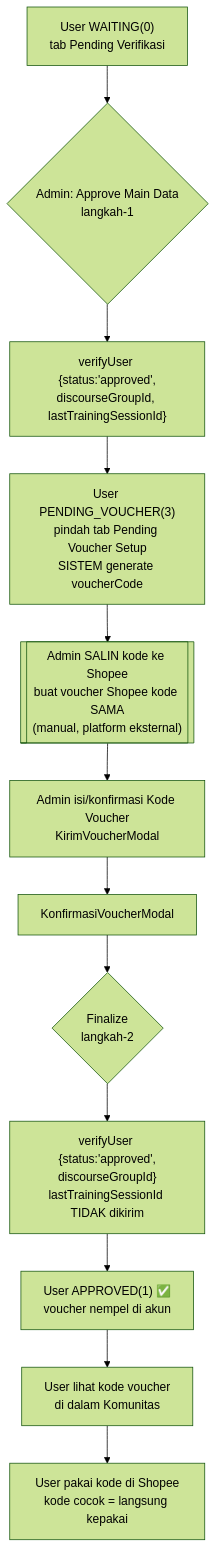
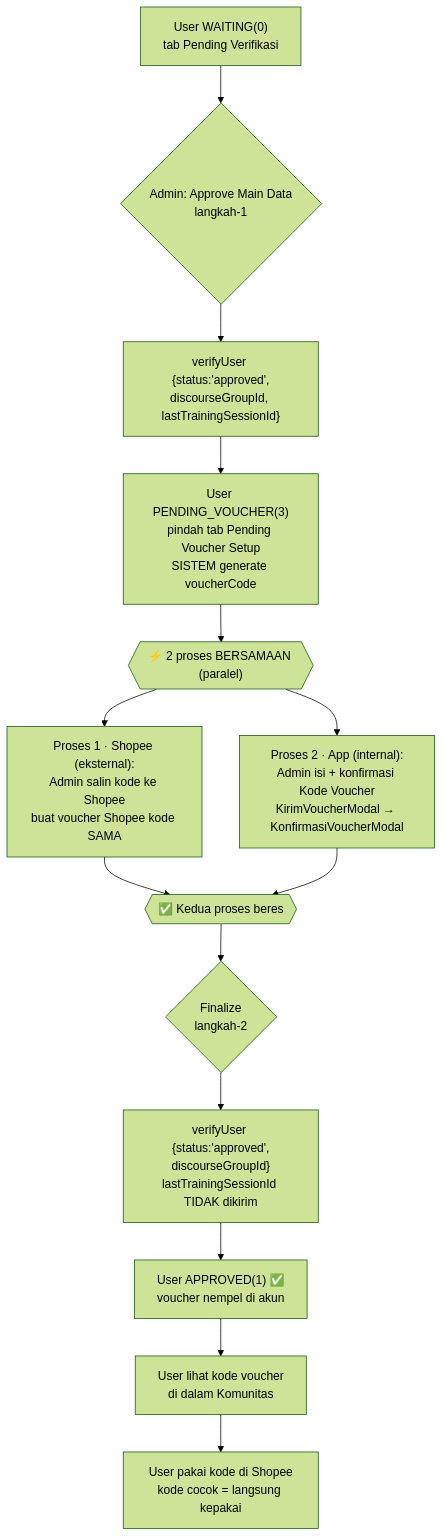
Before and after one commit to Digital-Gasing-Edukasi/Gasing-Sarang-Login-Dashboard: diagram 13 of 14 in USER_STATE_FLOW.md, drawn with Mermaid (forest theme).

Commit message:
Add parallel processing steps for voucher creation

````diff
--- a/USER_STATE_FLOW.md
+++ b/USER_STATE_FLOW.md
@@ -241,14 +241,16 @@
 ```mermaid
 flowchart TD
   A["User WAITING(0)<br/>tab Pending Verifikasi"] --> B{"Admin: Approve Main Data<br/>langkah-1"}
   B --> C["verifyUser {status:'approved',<br/>discourseGroupId, lastTrainingSessionId}"]
   C --> D["User PENDING_VOUCHER(3)<br/>pindah tab Pending Voucher Setup<br/>SISTEM generate voucherCode"]
-  D --> D2[["Admin SALIN kode ke Shopee<br/>buat voucher Shopee kode SAMA<br/>(manual, platform eksternal)"]]
-  D2 --> E[Admin isi/konfirmasi Kode Voucher<br/>KirimVoucherModal]
-  E --> F[KonfirmasiVoucherModal]
-  F --> G{Finalize<br/>langkah-2}
+  D --> SPLIT{{"⚡ 2 proses BERSAMAAN (paralel)"}}
+  SPLIT --> D2["Proses 1 · Shopee (eksternal):<br/>Admin salin kode ke Shopee<br/>buat voucher Shopee kode SAMA"]
+  SPLIT --> E["Proses 2 · App (internal):<br/>Admin isi + konfirmasi Kode Voucher<br/>KirimVoucherModal → KonfirmasiVoucherModal"]
+  D2 --> JOIN{{"✅ Kedua proses beres"}}
+  E --> JOIN
+  JOIN --> G{"Finalize<br/>langkah-2"}
   G --> H["verifyUser {status:'approved',<br/>discourseGroupId}<br/>lastTrainingSessionId TIDAK dikirim"]
   H --> I["User APPROVED(1) ✅<br/>voucher nempel di akun"]
   I --> J[User lihat kode voucher<br/>di dalam Komunitas]
   J --> K[User pakai kode di Shopee<br/>kode cocok = langsung kepakai]
 ```
````
